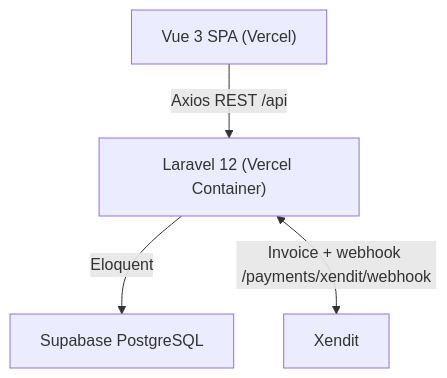
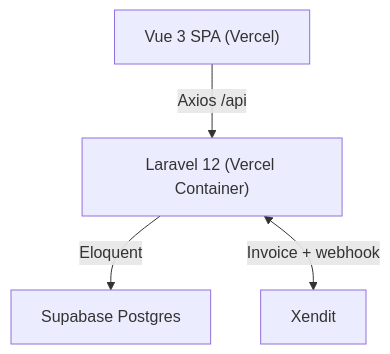
Before and after one commit to Kanzacky/E-Ticket-Sarangan: the diagram in README.md, drawn with Mermaid. The commit also changed other lines of this file, not shown here.

````diff
--- a/README.md
+++ b/README.md
@@ -44,6 +50,6 @@
 ```mermaid
 graph TD;
-    Vue["Vue 3 SPA (Vercel)"] -->|Axios REST /api| Laravel["Laravel 12 (Vercel Container)"];
-    Laravel -->|Eloquent| Postgres["Supabase PostgreSQL"];
-    Laravel <-->|Invoice + webhook /payments/xendit/webhook| Xendit["Xendit"];
+  Vue["Vue 3 SPA (Vercel)"] -->|Axios /api| API["Laravel 12 (Vercel Container)"]
+  API -->|Eloquent| DB["Supabase Postgres"]
+  API <-->|Invoice + webhook| Xendit["Xendit"]
 ```
````
